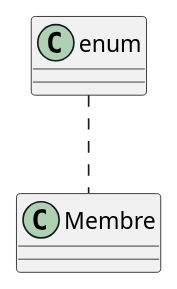
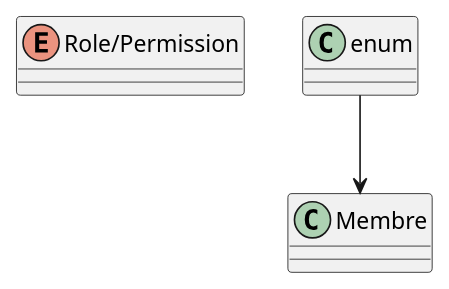
One commit to DevGardenTeam/DevGarden changed the diagram in README.md. Above: the diagram before and after it, drawn with PlantUML.

Commit message:
Mise à jour de 'README.md'

```diff
--- a/README.md
+++ b/README.md
@@ -7,3 +7,7 @@
 @startuml
-enum .. Membre
+enum Role/Permission
+class Membre
+
+enum --> Membre
+
 @enduml
```
